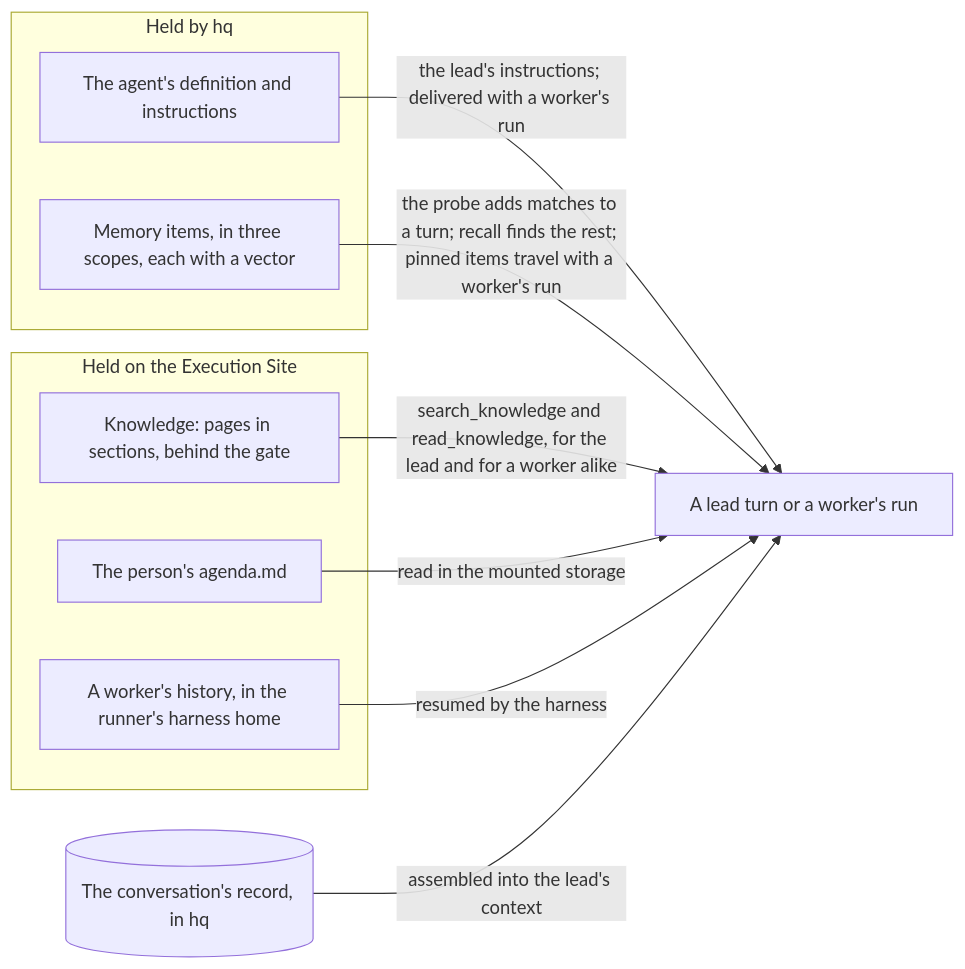
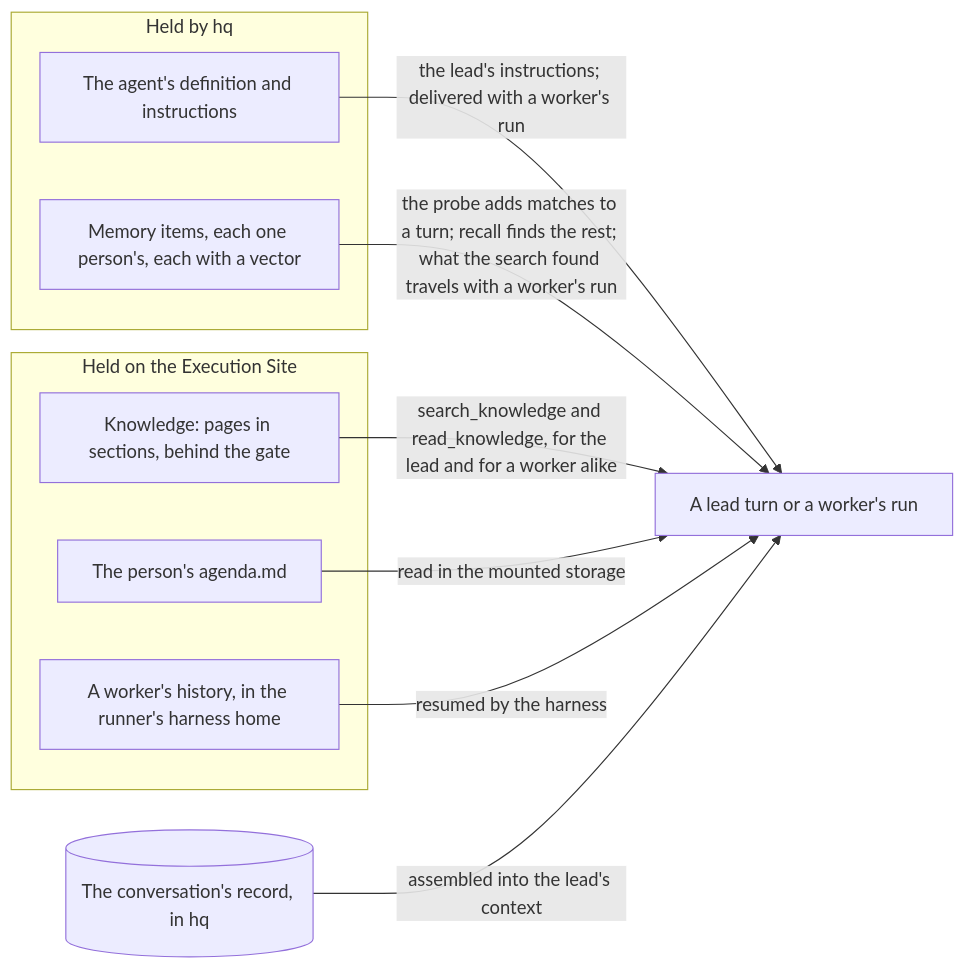
The diagram in docs/concepts/memory/memory.md (solution84-com/agenthix), drawn with Mermaid before and after one commit. The commit also changed other lines of this file and 27 other files, not shown here.

First line of the commit message:
docs: memory is a person's, Your space is a project place, Vault — guide, concepts, architecture and QA

````diff
--- a/docs/concepts/memory/memory.md
+++ b/docs/concepts/memory/memory.md
@@ -6,19 +6,19 @@
 ```mermaid
 flowchart LR
     subgraph HQ ["Held by hq"]
         DEF["The agent's definition and instructions"]
-        MEM["Memory items, in three scopes, each with a vector"]
+        MEM["Memory items, each one person's, each with a vector"]
     end
     subgraph SITE ["Held on the Execution Site"]
         KN["Knowledge: pages in sections, behind the gate"]
         AG["The person's agenda.md"]
         HH["A worker's history, in the runner's harness home"]
     end
     REC[("The conversation's record, in hq")]
     DEF -->|"the lead's instructions; delivered with a worker's run"| USE["A lead turn or a worker's run"]
-    MEM -->|"the probe adds matches to a turn; recall finds the rest; pinned items travel with a worker's run"| USE
+    MEM -->|"the probe adds matches to a turn; recall finds the rest; what the search found travels with a worker's run"| USE
     KN -->|"search_knowledge and read_knowledge, for the lead and for a worker alike"| USE
     AG -->|"read in the mounted storage"| USE
     HH -->|"resumed by the harness"| USE
     REC -->|"assembled into the lead's context"| USE
 ```
````
